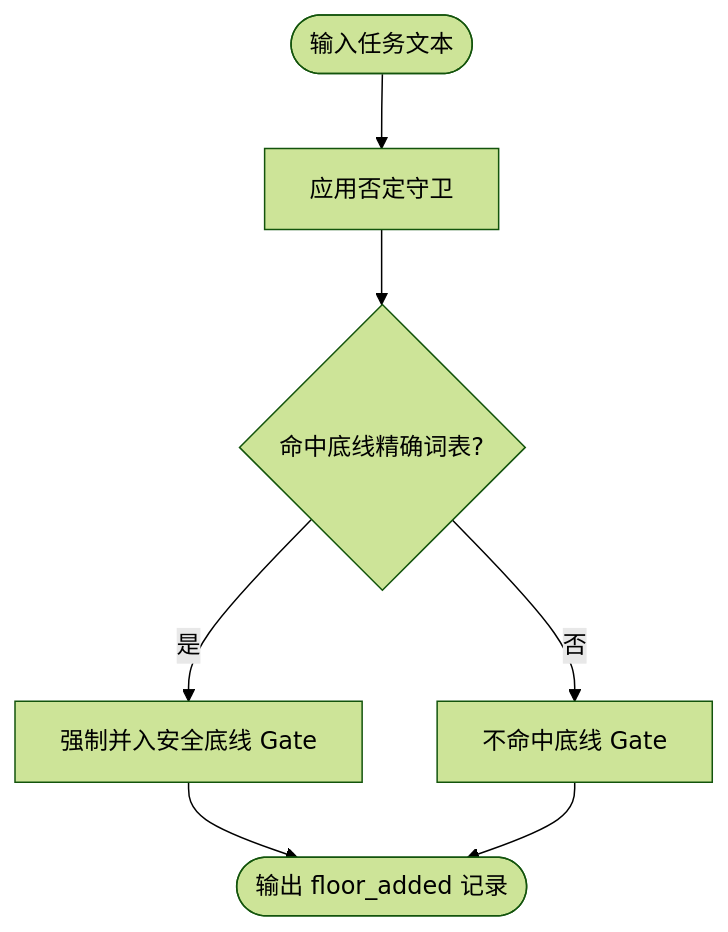
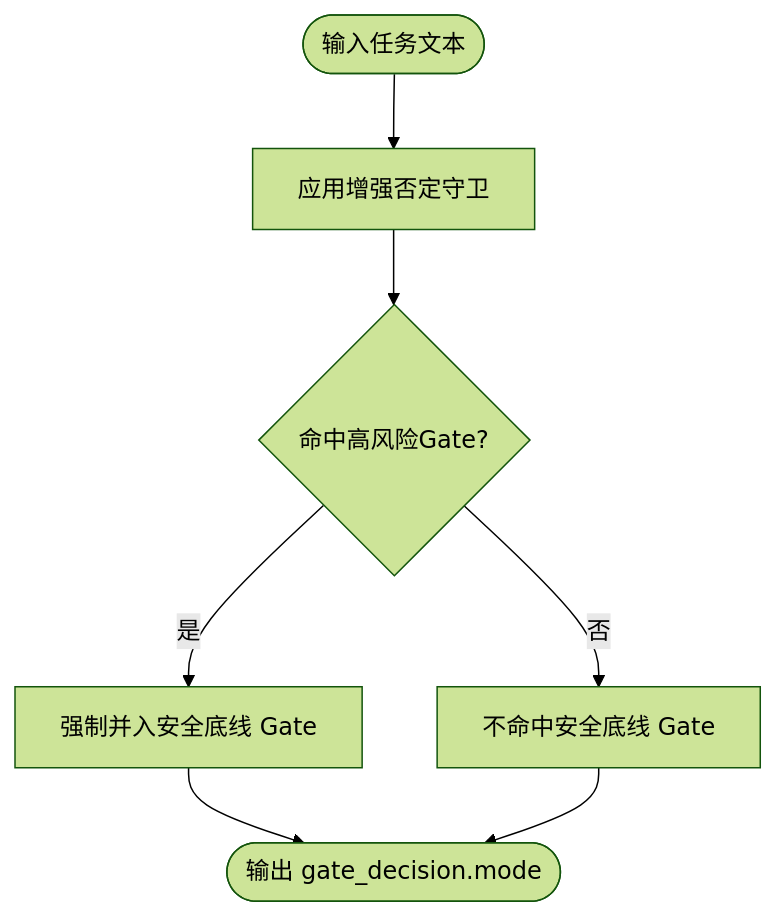
One commit to HackSing/docs-harness changed the fourth of 8 diagrams in .qoder/repowiki/zh/content/核心概念/风险门控系统/风险门控系统.md. Above: the diagram before and after it, drawn with Mermaid (forest theme). The commit also changed other lines of this file and 26 other files, not shown here.

````diff
--- a/.qoder/repowiki/zh/content/核心概念/风险门控系统/风险门控系统.md
+++ b/.qoder/repowiki/zh/content/核心概念/风险门控系统/风险门控系统.md
@@ -141,9 +141,9 @@
 ```mermaid
 flowchart TD
-Start(["输入任务文本"]) --> CheckNegation["应用否定守卫"]
-CheckNegation --> MatchFloorTerms{"命中底线精确词表?"}
-MatchFloorTerms --> |是| AddFloorGates["强制并入安全底线 Gate"]
-MatchFloorTerms --> |否| SkipFloor["不命中底线 Gate"]
-AddFloorGates --> End(["输出 floor_added 记录"])
-SkipFloor --> End
+Start(["输入任务文本"]) --> CheckNegation["应用增强否定守卫"]
+CheckNegation --> MatchHighRisk{"命中高风险Gate?"}
+MatchHighRisk --> |是| AddHighRiskGates["强制并入安全底线 Gate"]
+MatchHighRisk --> |否| SkipHighRisk["不命中安全底线 Gate"]
+AddHighRiskGates --> End(["输出 gate_decision.mode"])
+SkipHighRisk --> End
 ```
````
